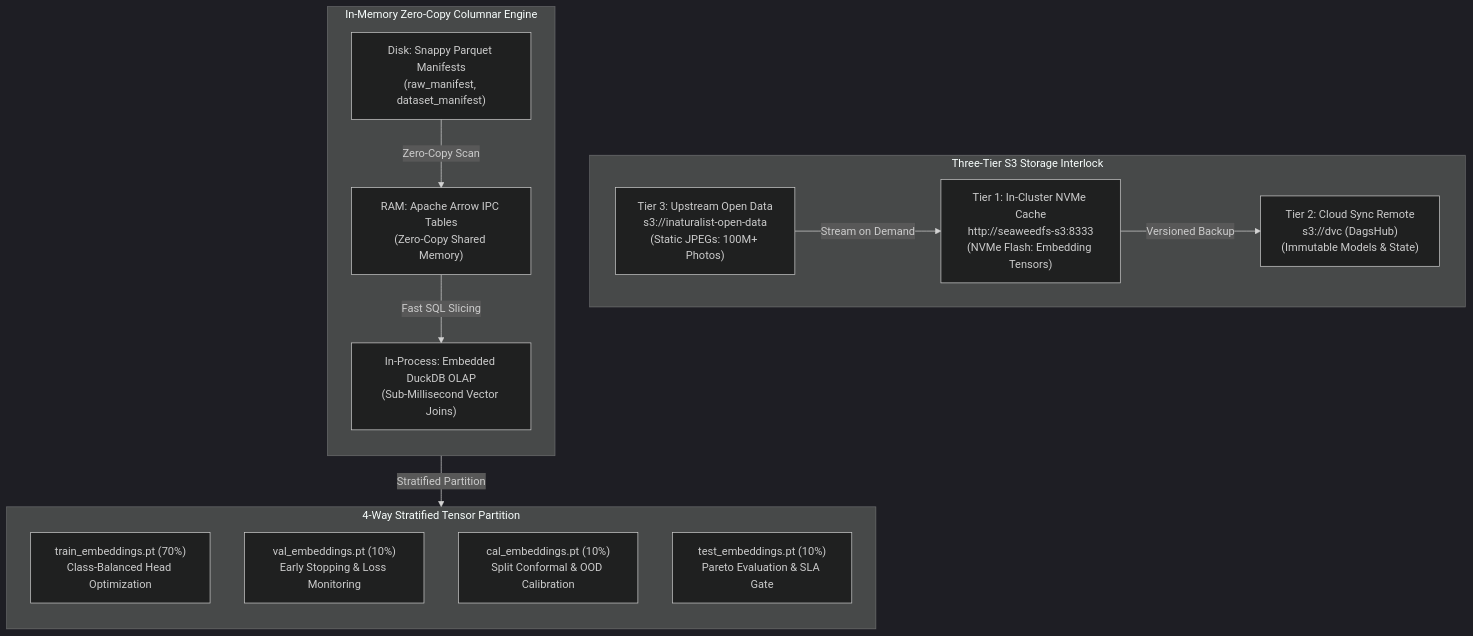
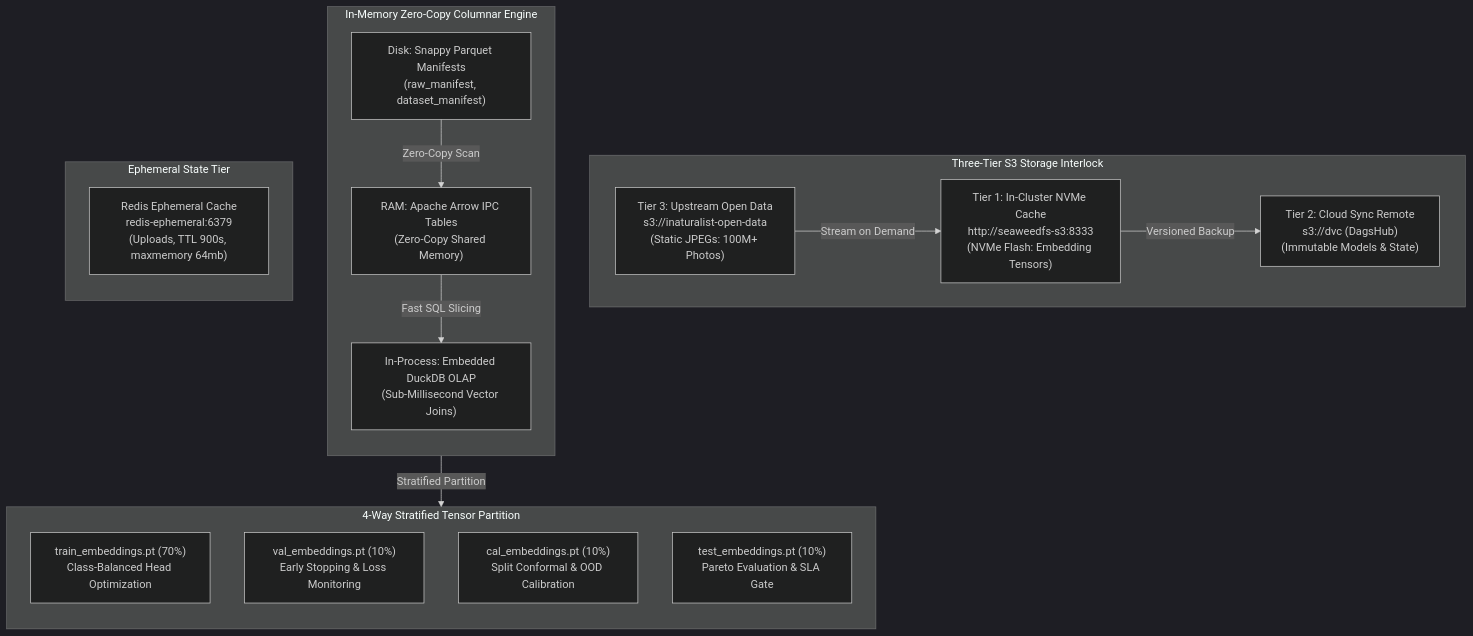
Before and after one commit to foersben/taxon-vision-mlops: the first of 3 diagrams in docs/mlops_pipeline/storage_and_databases.md, drawn with Mermaid (dark theme). The commit also changed other lines of this file and 15 other files, not shown here.

First line of the commit message:
docs(architecture): synchronise package call graph, data-flow matrix, and operations specs

````diff
--- a/docs/mlops_pipeline/storage_and_databases.md
+++ b/docs/mlops_pipeline/storage_and_databases.md
@@ -17,31 +17,36 @@
 ```mermaid
 flowchart TD
     subgraph S3Interlock["Three-Tier S3 Storage Interlock"]
         direction LR
         S3Upstream["Tier 3: Upstream Open Data<br/>s3://inaturalist-open-data<br/>(Static JPEGs: 100M+ Photos)"]
         S3Edge["Tier 1: In-Cluster NVMe Cache<br/>http://seaweedfs-s3:8333<br/>(NVMe Flash: Embedding Tensors)"]
         S3Cloud["Tier 2: Cloud Sync Remote<br/>s3://dvc (DagsHub)<br/>(Immutable Models & State)"]
     end
 
     subgraph ColumnarEngine["In-Memory Zero-Copy Columnar Engine"]
         direction TB
         ParquetDisk["Disk: Snappy Parquet Manifests<br/>(raw_manifest, dataset_manifest)"]
         ArrowIPC["RAM: Apache Arrow IPC Tables<br/>(Zero-Copy Shared Memory)"]
         DuckDBQuery["In-Process: Embedded DuckDB OLAP<br/>(Sub-Millisecond Vector Joins)"]
     end
 
     subgraph TensorSplits["4-Way Stratified Tensor Partition"]
         direction TB
         TrainT["train_embeddings.pt (70%)<br/>Class-Balanced Head Optimization"]
         ValT["val_embeddings.pt (10%)<br/>Early Stopping & Loss Monitoring"]
         CalT["cal_embeddings.pt (10%)<br/>Split Conformal & OOD Calibration"]
         TestT["test_embeddings.pt (10%)<br/>Pareto Evaluation & SLA Gate"]
     end
 
+    subgraph EphemeralTier["Ephemeral State Tier"]
+        direction TB
+        RedisNode["Redis Ephemeral Cache<br/>redis-ephemeral:6379<br/>(Uploads, TTL 900s, maxmemory 64mb)"]
+    end
+
     S3Upstream -->|Stream on Demand| S3Edge
     S3Edge -->|Versioned Backup| S3Cloud
 
     ParquetDisk -->|Zero-Copy Scan| ArrowIPC
     ArrowIPC -->|Fast SQL Slicing| DuckDBQuery
     DuckDBQuery -->|Stratified Partition| TensorSplits
 ```
````
